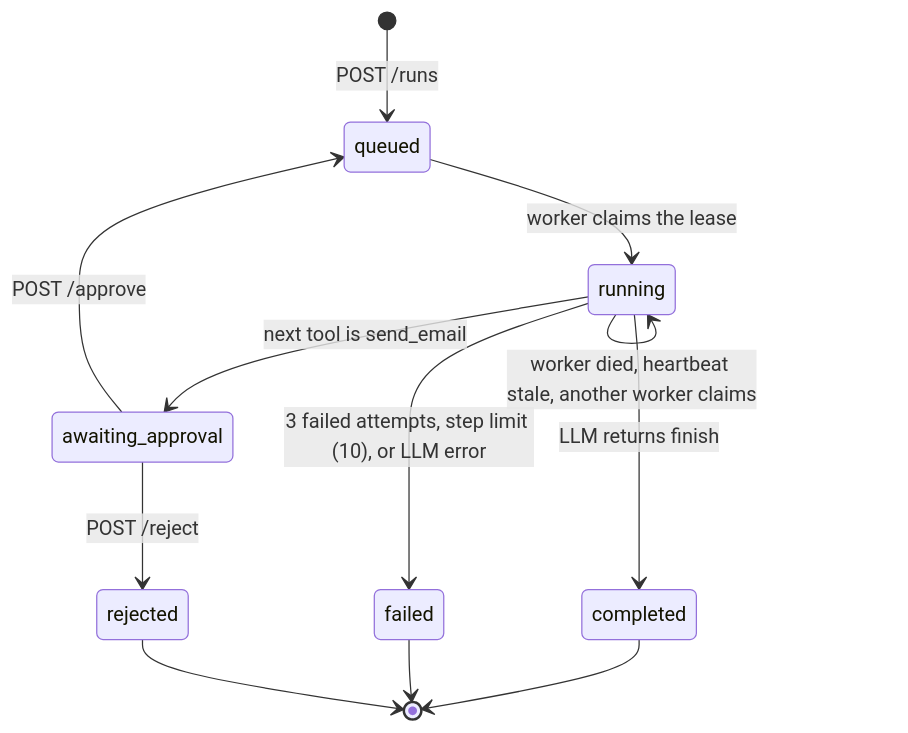
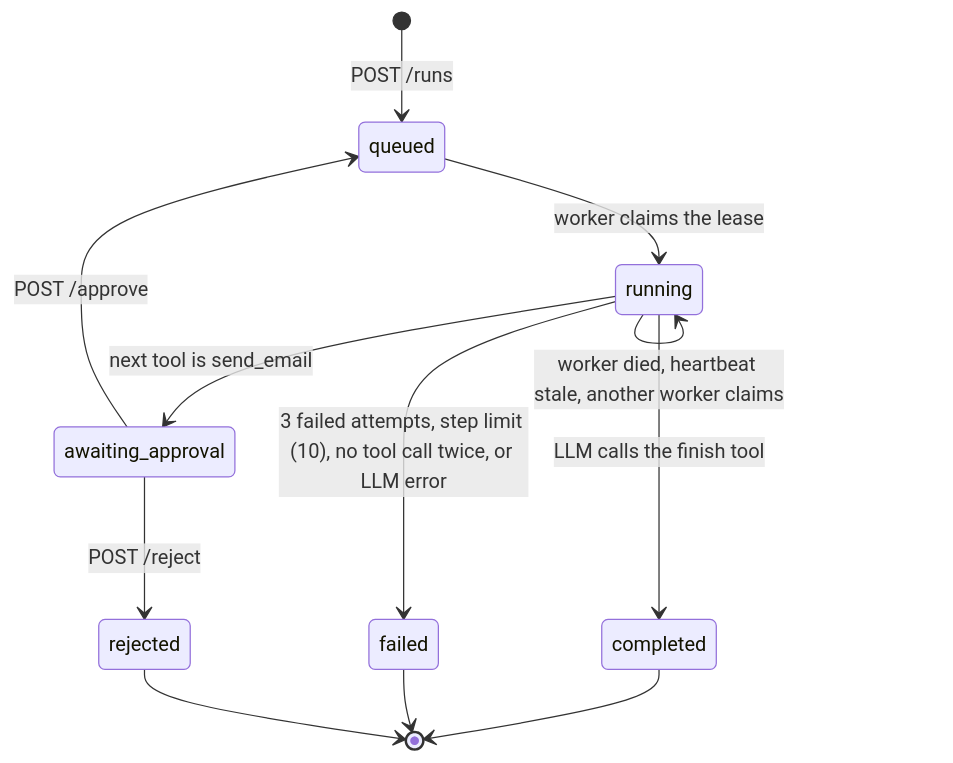
One commit to zeiado/resilient-agent-runner changed the second of 2 diagrams in README.md. Above: the diagram before and after it, drawn with Mermaid. The commit also changed other lines of this file and 14 other files, not shown here.

First line of the commit message:
Require an explicit finish tool call to complete a run

````diff
--- a/README.md
+++ b/README.md
@@ -67,14 +68,14 @@
 ```mermaid
 stateDiagram-v2
     [*] --> queued: POST /runs
     queued --> running: worker claims the lease
     running --> running: worker died, heartbeat stale, another worker claims
     running --> awaiting_approval: next tool is send_email
     awaiting_approval --> queued: POST /approve
     awaiting_approval --> rejected: POST /reject
-    running --> completed: LLM returns finish
-    running --> failed: 3 failed attempts, step limit (10), or LLM error
+    running --> completed: LLM calls the finish tool
+    running --> failed: 3 failed attempts, step limit (10), no tool call twice, or LLM error
     completed --> [*]
     failed --> [*]
     rejected --> [*]
 ```
````
